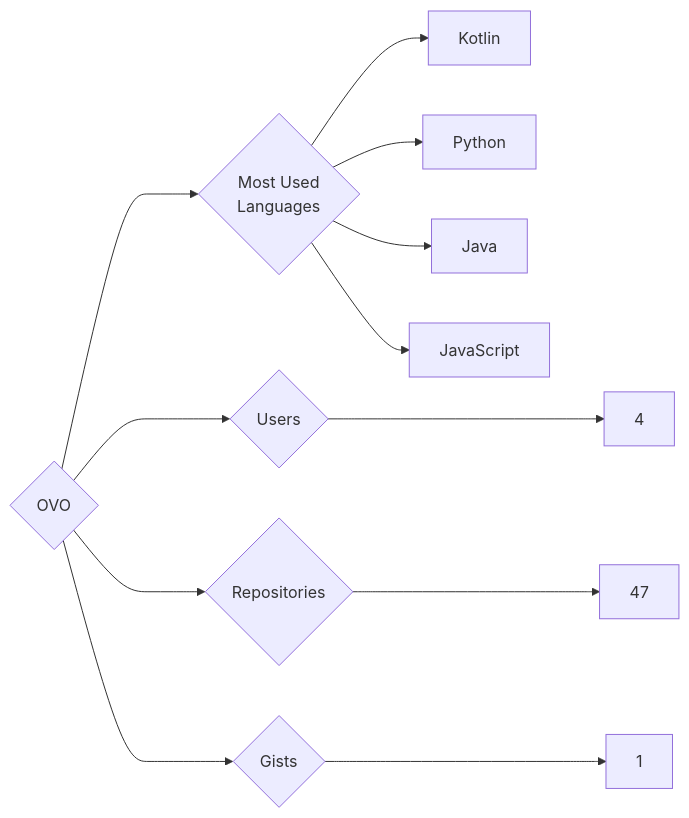
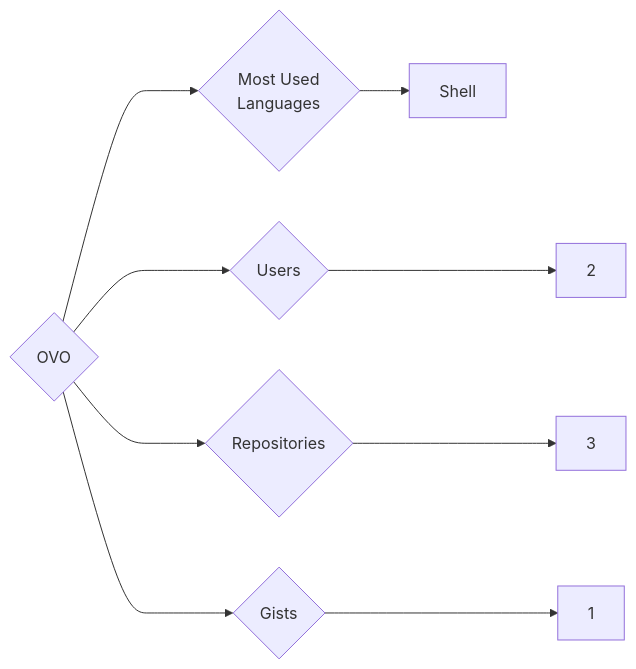
One commit to trickest/insiders changed the diagram in targets/OVO/README.md. Above: the diagram before and after it, drawn with Mermaid. The commit also changed 1141 other files, not shown here.

````diff
--- a/targets/OVO/README.md
+++ b/targets/OVO/README.md
@@ -3,12 +3,9 @@
 ```mermaid
 graph LR
 COMPANY_NAME{OVO}
-COMPANY_NAME ---> U{Users} ---> UN[4]
-COMPANY_NAME ---> R{Repositories} ---> RN[47]
+COMPANY_NAME ---> U{Users} ---> UN[2]
+COMPANY_NAME ---> R{Repositories} ---> RN[3]
 COMPANY_NAME ---> G{Gists} ---> GN[1]
 COMPANY_NAME ---> ML{Most Used<br>Languages}
-ML --> Kotlin[Kotlin]
-ML --> Python[Python]
-ML --> Java[Java]
-ML --> JavaScript[JavaScript]
+ML --> Shell[Shell]
 ```
````
